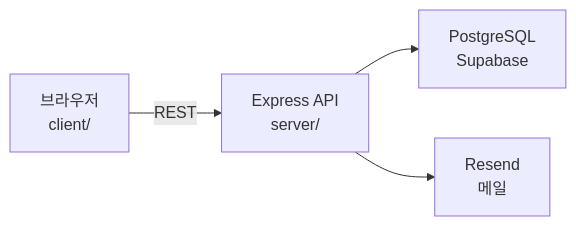
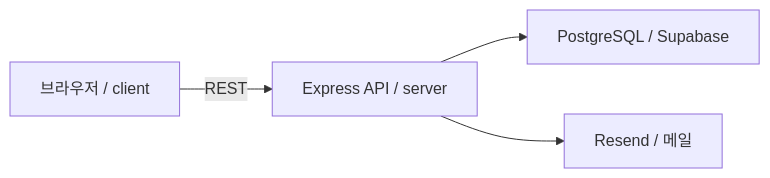
The diagram in README.md (Shinmilli/Vehicle-Number-Rental), drawn with Mermaid before and after one commit. The commit also changed other lines of this file and 4 other files, not shown here.

````diff
--- a/README.md
+++ b/README.md
@@ -71,6 +92,6 @@
 ```mermaid
 flowchart LR
-  A["브라우저<br/>client/"] -->|REST| B["Express API<br/>server/"]
-  B --> C["PostgreSQL<br/>Supabase"]
-  B --> D["Resend<br/>메일"]
+  A["브라우저 / client"] -->|REST| B["Express API / server"]
+  B --> C["PostgreSQL / Supabase"]
+  B --> D["Resend / 메일"]
 ```
````
